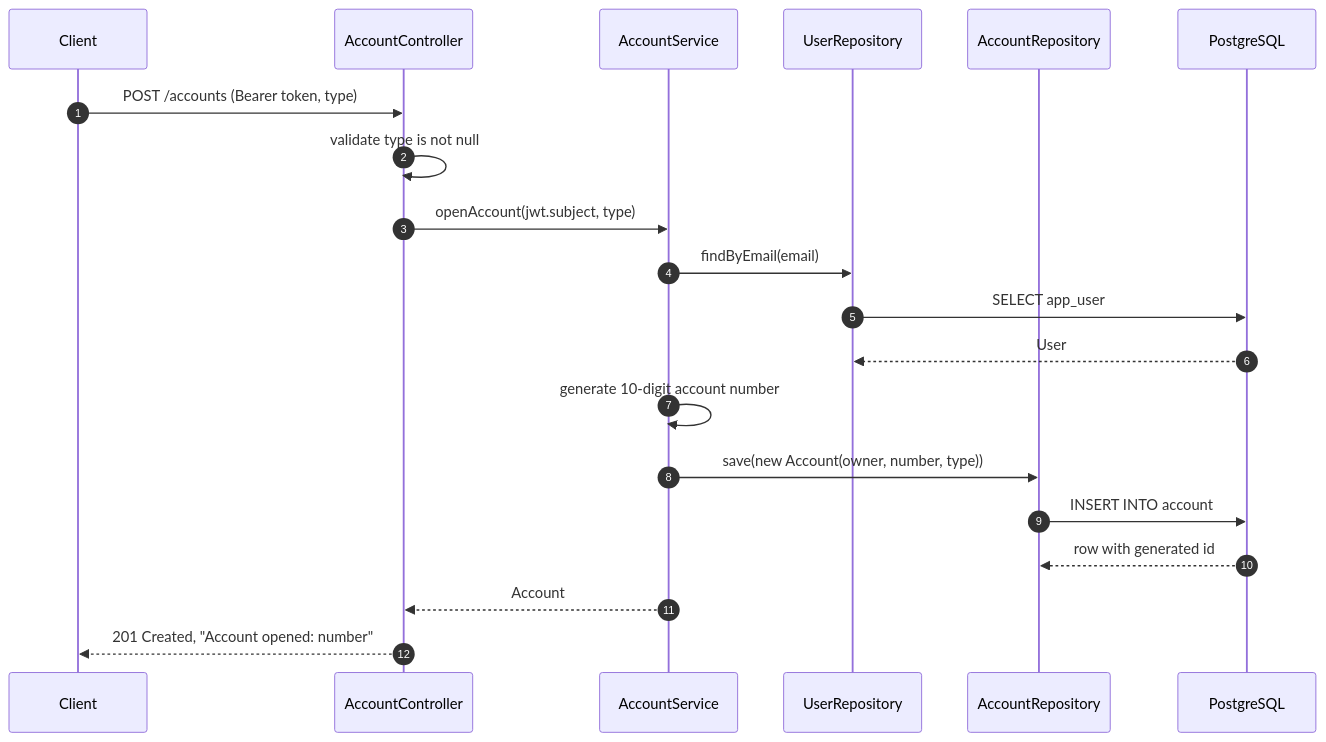
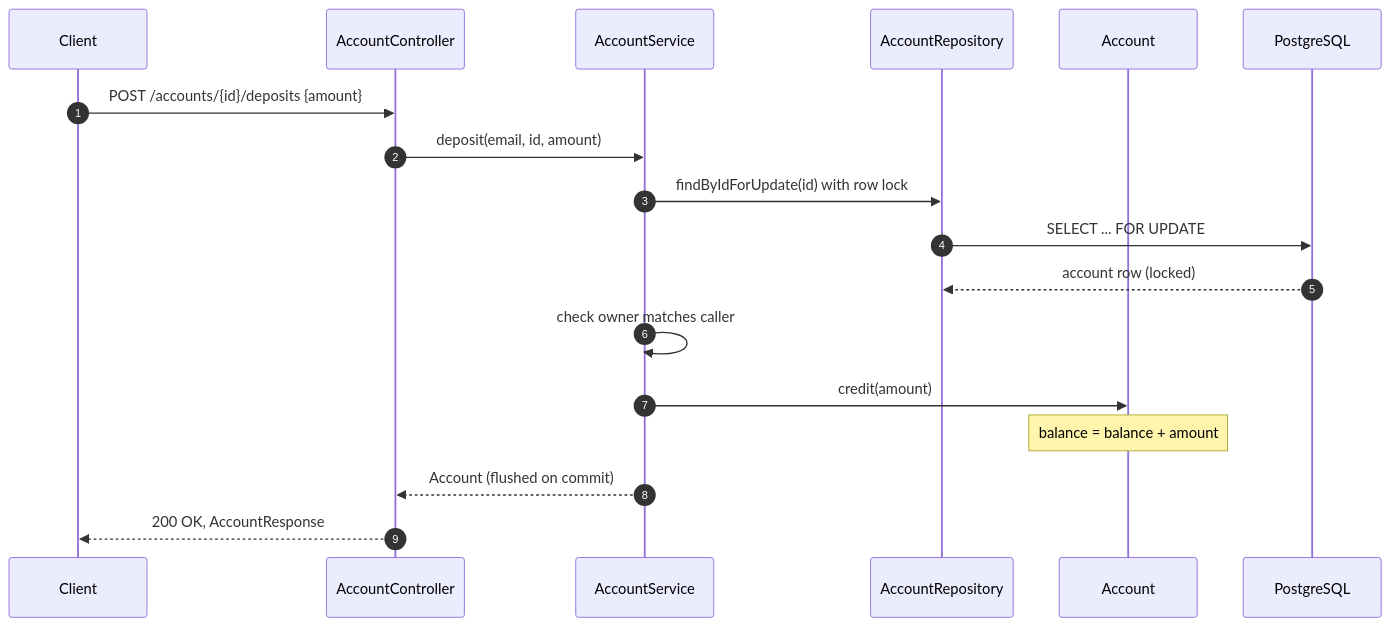
Before and after one commit to NikanEidi/ledgerlite: the third of 6 diagrams in docs/02-accounts.md, drawn with Mermaid. The commit also changed other lines of this file and 15 other files, not shown here.

````diff
--- a/docs/02-accounts.md
+++ b/docs/02-accounts.md
@@ -103,23 +132,21 @@
 ```mermaid
 sequenceDiagram
     autonumber
     participant C as Client
     participant CTRL as AccountController
     participant SVC as AccountService
-    participant UR as UserRepository
     participant AR as AccountRepository
+    participant ACC as Account
     participant DB as PostgreSQL
 
-    C->>CTRL: POST /accounts (Bearer token, type)
-    CTRL->>CTRL: validate type is not null
-    CTRL->>SVC: openAccount(jwt.subject, type)
-    SVC->>UR: findByEmail(email)
-    UR->>DB: SELECT app_user
-    DB-->>UR: User
-    SVC->>SVC: generate 10-digit account number
-    SVC->>AR: save(new Account(owner, number, type))
-    AR->>DB: INSERT INTO account
-    DB-->>AR: row with generated id
-    SVC-->>CTRL: Account
-    CTRL-->>C: 201 Created, "Account opened: number"
+    C->>CTRL: POST /accounts/{id}/deposits {amount}
+    CTRL->>SVC: deposit(email, id, amount)
+    SVC->>AR: findByIdForUpdate(id) with row lock
+    AR->>DB: SELECT ... FOR UPDATE
+    DB-->>AR: account row (locked)
+    SVC->>SVC: check owner matches caller
+    SVC->>ACC: credit(amount)
+    Note over ACC: balance = balance + amount
+    SVC-->>CTRL: Account (flushed on commit)
+    CTRL-->>C: 200 OK, AccountResponse
 ```
````
